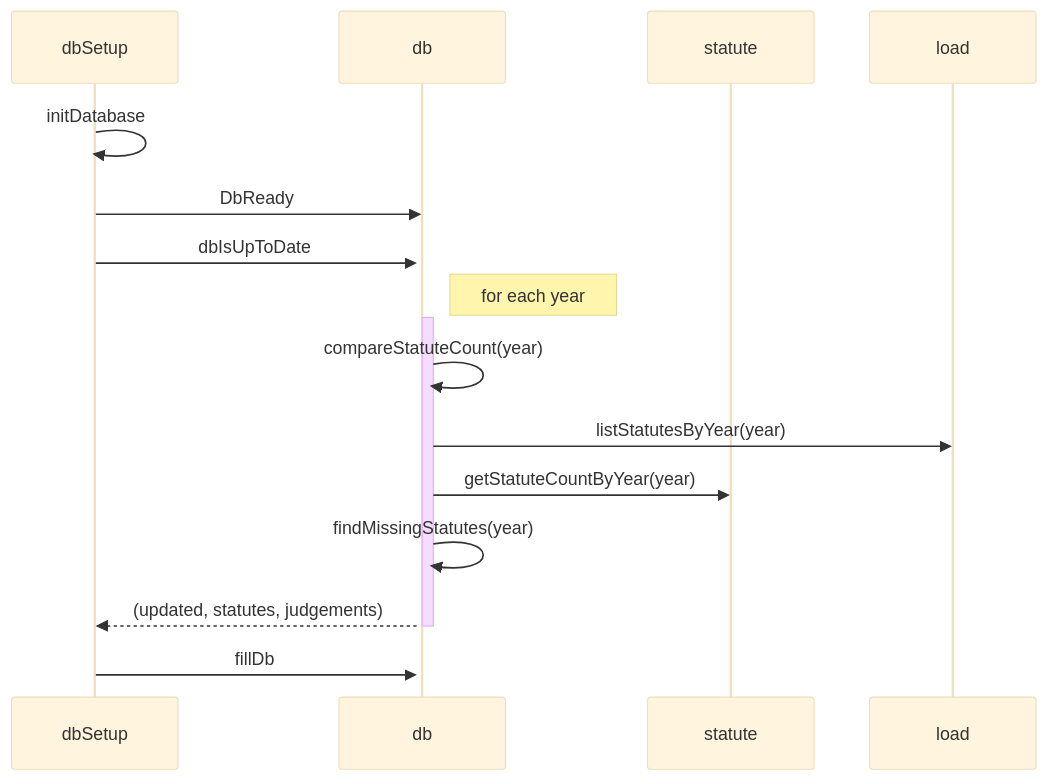
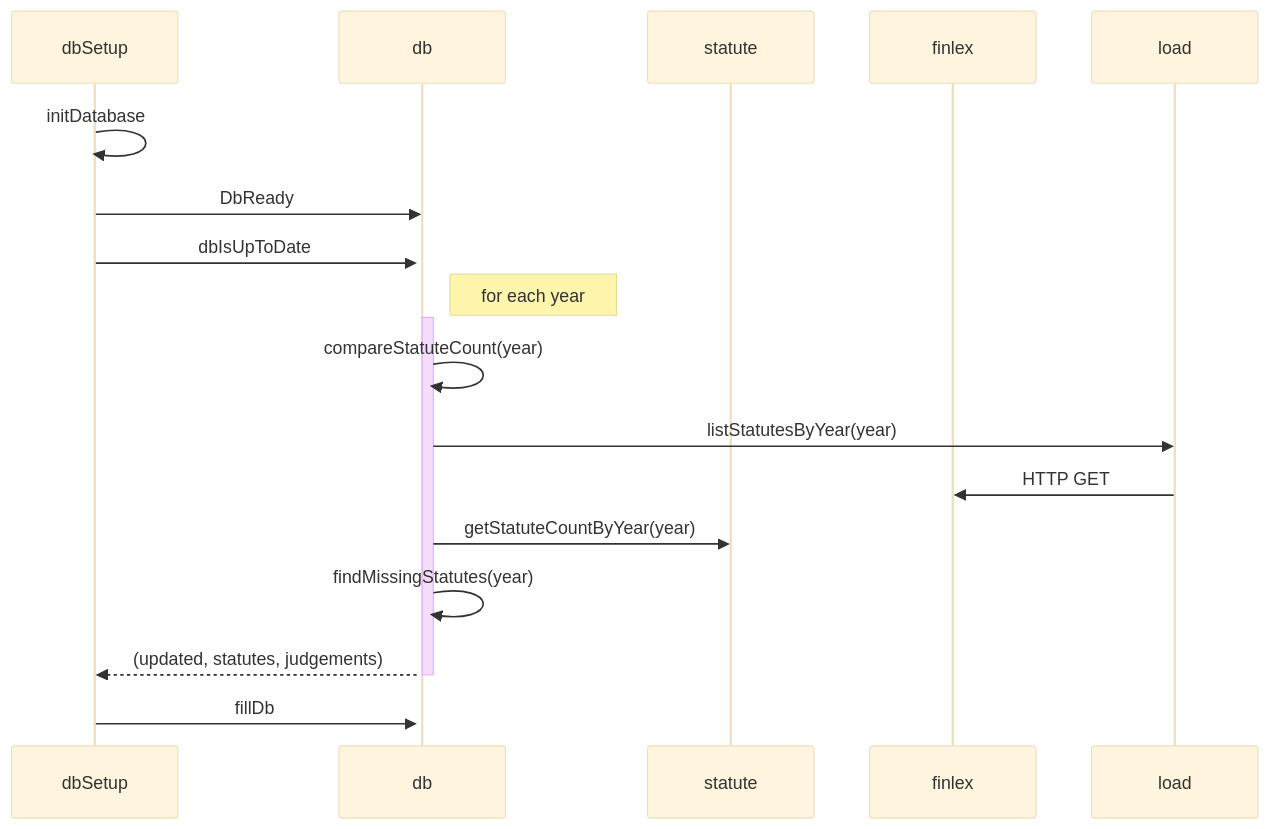
The first of 3 diagrams in README.md (mluukkai/poc), drawn with Mermaid (base theme) before and after one commit.

````diff
--- a/README.md
+++ b/README.md
@@ -1,19 +1,21 @@
 ```mermaid
 sequenceDiagram
   participant dbSetup
   participant db
   participant statute
+  participant finlex
 
   dbSetup ->> dbSetup: initDatabase
   dbSetup ->> db: DbReady
   dbSetup ->>+ db: dbIsUpToDate
   Note right of db: for each year
   activate db
   db ->> db: compareStatuteCount(year)
   db ->> load: listStatutesByYear(year)
+  load ->> finlex: HTTP GET
   db ->> statute: getStatuteCountByYear(year)
   db ->> db: findMissingStatutes(year)
   db -->> dbSetup: (updated, statutes, judgements)
   deactivate db
   dbSetup ->> db: fillDb
 ```
````
